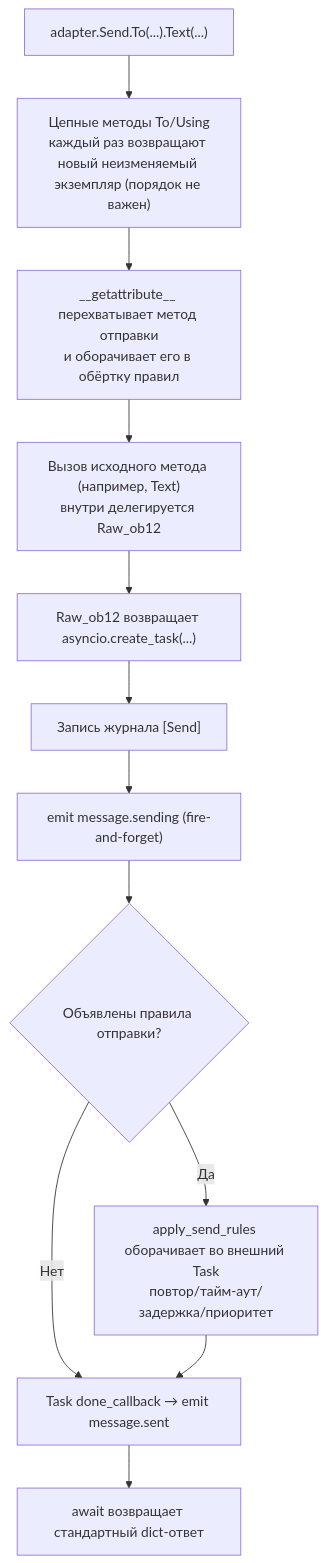
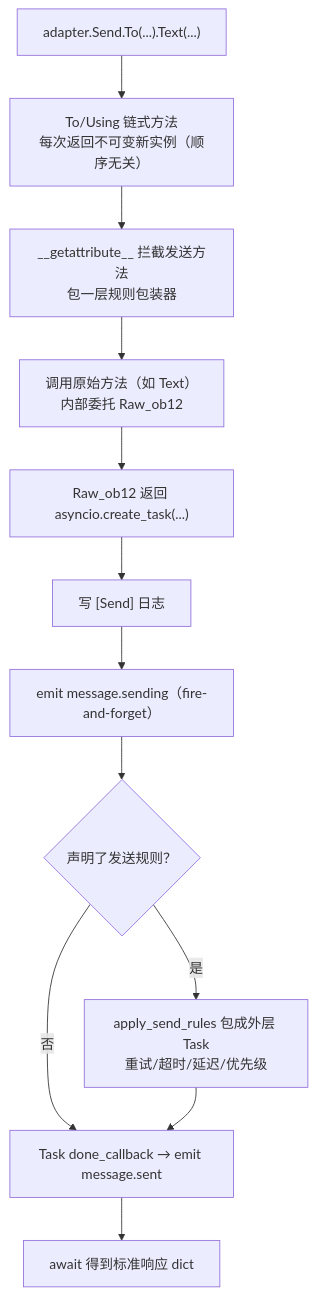
Before and after one commit to ErisPulse/ErisPulse: the second of 2 diagrams in docs/ru/developer-guide/adapters/send-dsl.md, drawn with Mermaid. The commit also changed other lines of this file and 115 other files, not shown here.

````diff
--- a/docs/ru/developer-guide/adapters/send-dsl.md
+++ b/docs/ru/developer-guide/adapters/send-dsl.md
@@ -578,14 +580,14 @@
 ```mermaid
 flowchart TD
-    A["adapter.Send.To(...).Text(...)"] --> B["Цепные методы To/Using<br/>каждый раз возвращают новый неизменяемый экземпляр (порядок не важен)"]
-    B --> C["__getattribute__ перехватывает метод отправки<br/>и оборачивает его в обёртку правил"]
-    C --> D["Вызов исходного метода (например, Text)<br/>внутри делегируется Raw_ob12"]
-    D --> E["Raw_ob12 возвращает asyncio.create_task(...)"]
-    E --> F["Запись журнала [Send]"]
-    F --> G["emit message.sending (fire-and-forget)"]
-    G --> H{"Объявлены правила отправки?"}
-    H -->|"Нет"| I["Task done_callback → emit message.sent"]
-    H -->|"Да"| J["apply_send_rules оборачивает во внешний Task<br/>повтор/тайм-аут/задержка/приоритет"]
+    A["adapter.Send.To(...).Text(...)"] --> B["To/Using 链式方法<br/>每次返回不可变新实例（顺序无关）"]
+    B --> C["__getattribute__ 拦截发送方法<br/>包一层规则包装器"]
+    C --> D["调用原始方法（如 Text）<br/>内部委托 Raw_ob12"]
+    D --> E["Raw_ob12 返回 asyncio.create_task(...)"]
+    E --> F["写 [Send] 日志"]
+    F --> G["emit message.sending（fire-and-forget）"]
+    G --> H{"声明了发送规则？"}
+    H -->|"否"| I["Task done_callback → emit message.sent"]
+    H -->|"是"| J["apply_send_rules 包成外层 Task<br/>重试/超时/延迟/优先级"]
     J --> I
-    I --> K["await возвращает стандартный dict-ответ"]
+    I --> K["await 得到标准响应 dict"]
 ```
````
